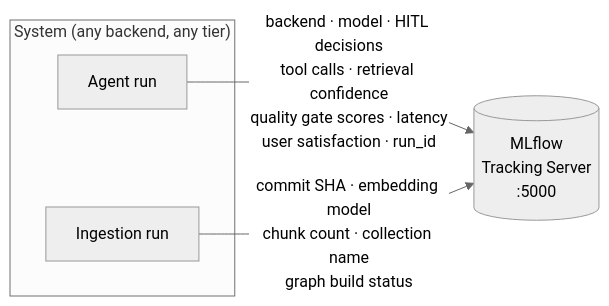
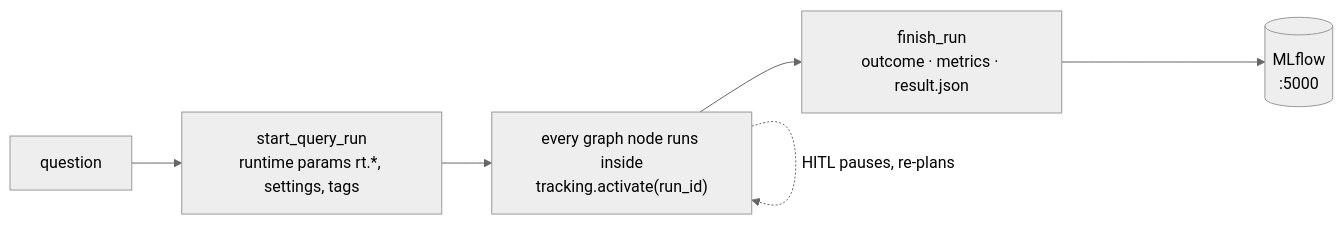
One commit to Chrisys93/code-doc-assistant changed the fifth of 6 diagrams in README.md. Above: the diagram before and after it, drawn with Mermaid (neutral theme). The commit also changed other lines of this file and 29 other files, not shown here.

First line of the commit message:
Full llama.cpp support, Helm 0.2.0, MLflow run tracking and pipeline traceability

````diff
--- a/README.md
+++ b/README.md
@@ -370,12 +494,8 @@
 ```mermaid
 flowchart LR
-    subgraph SYSTEM["System (any backend, any tier)"]
-        AGENT["Agent run"]
-        INGEST["Ingestion run"]
-    end
-
-    MLFLOW[("MLflow\nTracking Server\n:5000")]
-
-    AGENT -->|"backend · model · HITL decisions\ntool calls · retrieval confidence\nquality gate scores · latency\nuser satisfaction · run_id"| MLFLOW
-    INGEST -->|"commit SHA · embedding model\nchunk count · collection name\ngraph build status"| MLFLOW
+    Q["question"] --> START["start_query_run\nruntime params rt.*, settings, tags"]
+    START --> NODES["every graph node runs inside\ntracking.activate(run_id)"]
+    NODES --> FIN["finish_run\noutcome · metrics · result.json"]
+    NODES -. "HITL pauses, re-plans" .-> NODES
+    FIN --> MLFLOW[("MLflow\n:5000")]
 ```
````
